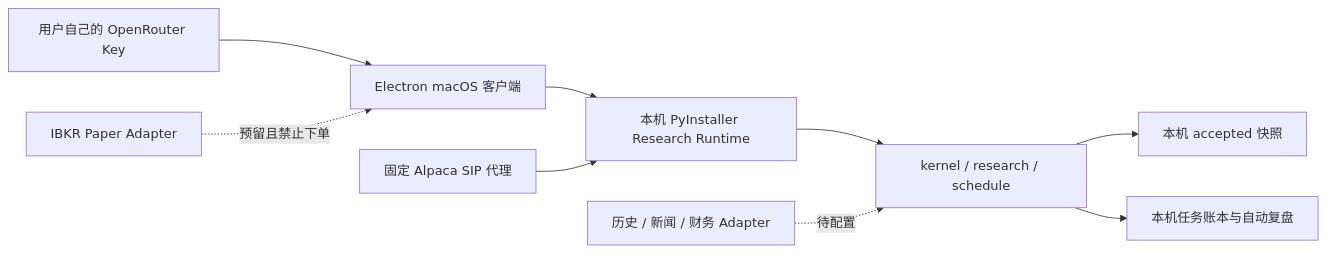
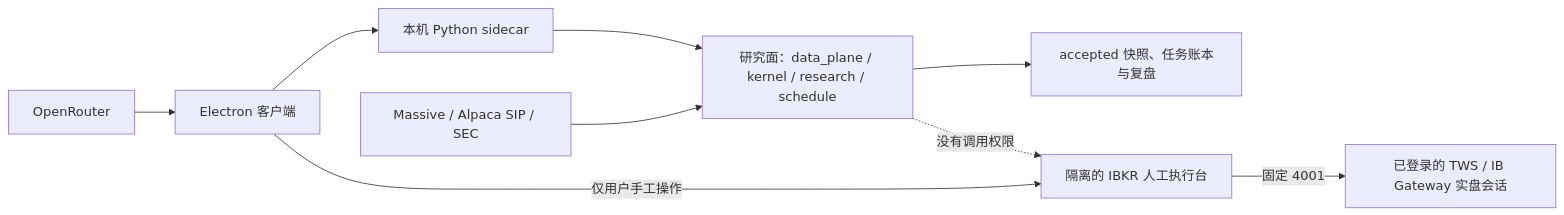
The diagram in docs/MACOS_RESEARCH_CLIENT.md (Frankie-Foo/ai-quant-trading-system), drawn with Mermaid before and after one commit. The commit also changed other lines of this file and 29 other files, not shown here.

````diff
--- a/docs/MACOS_RESEARCH_CLIENT.md
+++ b/docs/MACOS_RESEARCH_CLIENT.md
@@ -27,11 +18,12 @@
 ```mermaid
 flowchart LR
-    A["Electron macOS 客户端"] --> B["本机 PyInstaller Research Runtime"]
-    B --> C["kernel / research / schedule"]
-    C --> D["本机 accepted 快照"]
-    C --> E["本机任务账本与自动复盘"]
-    F["固定 Alpaca SIP 代理"] --> B
-    I["历史 / 新闻 / 财务 Adapter"] -. "待配置" .-> C
-    G["用户自己的 OpenRouter Key"] --> A
-    H["IBKR Paper Adapter"] -. "预留且禁止下单" .-> A
+    A["Electron 客户端"] --> B["本机 Python sidecar"]
+    B --> C["研究面：data_plane / kernel / research / schedule"]
+    C --> D["accepted 快照、任务账本与复盘"]
+    E["Massive / Alpaca SIP / SEC"] --> C
+    F["OpenRouter"] --> A
+
+    A -->|"仅用户手工操作"| G["隔离的 IBKR 人工执行台"]
+    G -->|"固定 4001"| H["已登录的 TWS / IB Gateway 实盘会话"]
+    C -. "没有调用权限" .-> G
 ```
````
